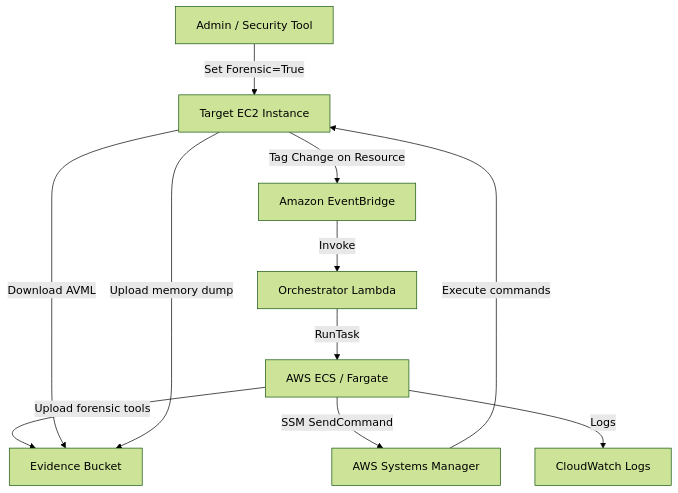
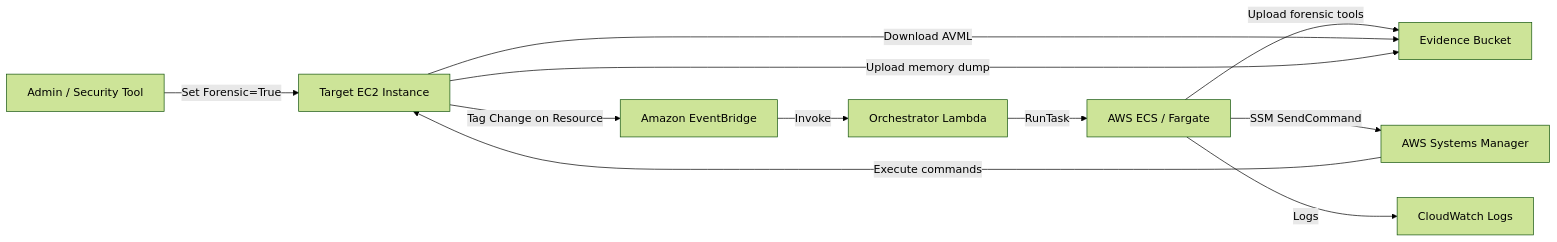
One commit to nanobug8/CFAK-AWS-DFIR changed the diagram in README.md. Above: the diagram before and after it, drawn with Mermaid (forest theme).

Commit message:
Change graph direction from TD to LR in README

````diff
--- a/README.md
+++ b/README.md
@@ -52,33 +52,33 @@
 ```mermaid
-graph TD
+graph LR
 
     Admin[Admin / Security Tool]
         -->|Set Forensic=True| EC2[Target EC2 Instance]
 
     EC2
         -->|Tag Change on Resource| EB[Amazon EventBridge]
 
     EB
         -->|Invoke| Lambda[Orchestrator Lambda]
 
     Lambda
         -->|RunTask| ECS[AWS ECS / Fargate]
 
     ECS
         -->|Upload forensic tools| S3[Evidence Bucket]
 
     ECS
         -->|SSM SendCommand| SSM[AWS Systems Manager]
 
     SSM
         -->|Execute commands| EC2
 
     EC2
         -->|Download AVML| S3
 
     EC2
         -->|Upload memory dump| S3
 
     ECS
         -->|Logs| CW[CloudWatch Logs]
 ```
````
